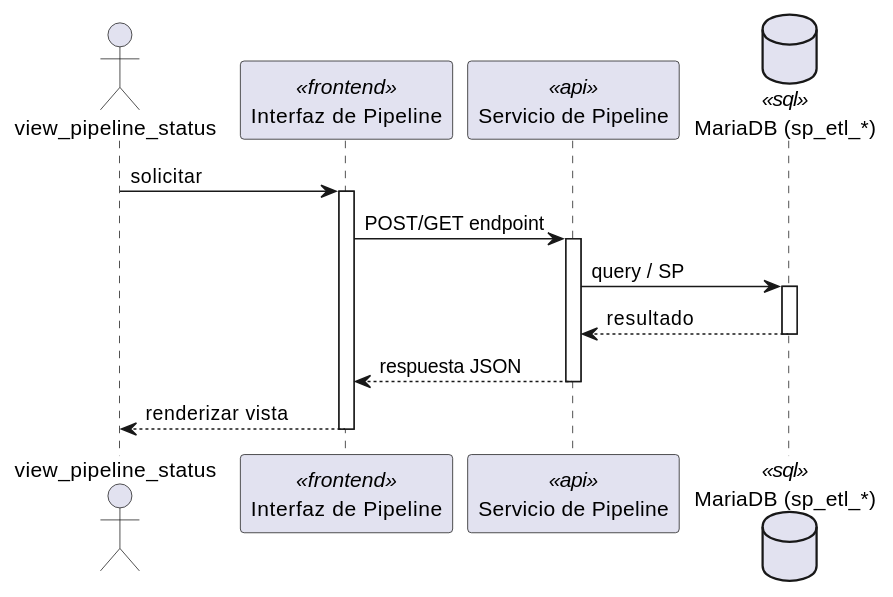
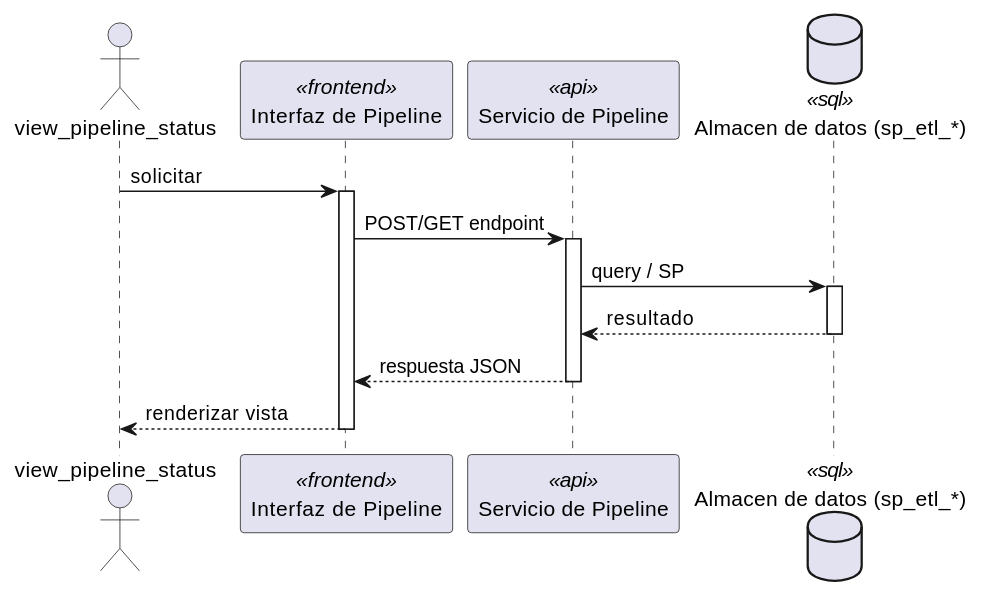
The diagram in source/arquitectura-tecnica/DesignView/supervisar-etl-secuencia.rst (jcg-admin/IACT-docs), drawn with PlantUML before and after one commit. The commit also changed 160 other files, not shown here.

```diff
--- a/source/arquitectura-tecnica/DesignView/supervisar-etl-secuencia.rst
+++ b/source/arquitectura-tecnica/DesignView/supervisar-etl-secuencia.rst
@@ -25,28 +25,28 @@
 .. uml::
  :caption: UC_PIP_01 — Design View (secuencia)
 
  @startuml
 
  actor "view_pipeline_status" as view_pipeline_status
  participant "Interfaz de Pipeline" as Iface <<frontend>>
  participant "Servicio de Pipeline" as SvcNode <<api>>
- database "MariaDB (sp_etl_*)" as Store <<sql>>
+ database "Almacen de datos (sp_etl_*)" as Store <<sql>>
 
  view_pipeline_status -> Iface : solicitar
  activate Iface
 
  Iface -> SvcNode : POST/GET endpoint
  activate SvcNode
 
  SvcNode -> Store : query / SP
  activate Store
  Store --> SvcNode : resultado
  deactivate Store
 
  SvcNode --> Iface : respuesta JSON
  deactivate SvcNode
 
  Iface --> view_pipeline_status : renderizar vista
  deactivate Iface
 
  @enduml
```
